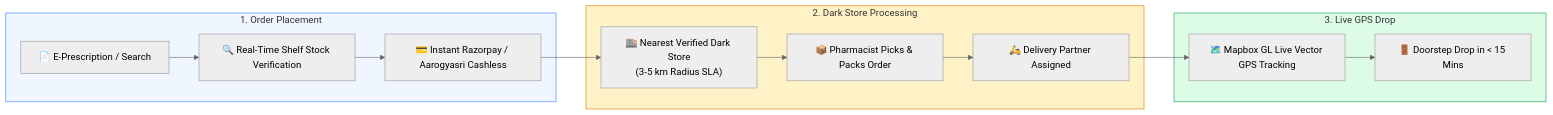
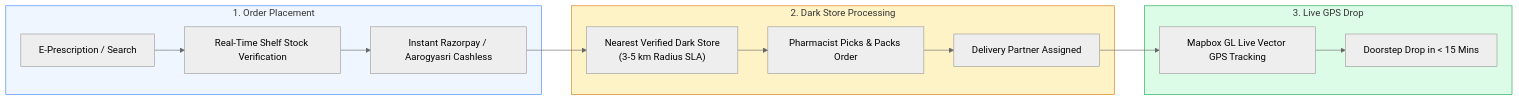
Before and after one commit to pavanstarkin-tech/healthyxpress_medha: the sixth of 11 diagrams in README.md, drawn with Mermaid (neutral theme). The commit also changed other lines of this file, not shown here.

````diff
--- a/README.md
+++ b/README.md
@@ -342,22 +342,22 @@
 ```mermaid
 flowchart LR
     subgraph OrderPlacement["1. Order Placement"]
-        Prescription["📄 E-Prescription / Search"] --> StockCheck["🔍 Real-Time Shelf Stock Verification"]
-        StockCheck --> Payment["💳 Instant Razorpay / Aarogyasri Cashless"]
+        Prescription["E-Prescription / Search"] --> StockCheck["Real-Time Shelf Stock Verification"]
+        StockCheck --> Payment["Instant Razorpay / Aarogyasri Cashless"]
     end
 
     subgraph DarkStoreProcessing["2. Dark Store Processing"]
-        Payment --> DarkStoreQueue["🏬 Nearest Verified Dark Store<br/>(3-5 km Radius SLA)"]
-        DarkStoreQueue --> PickPack["📦 Pharmacist Picks & Packs Order"]
-        PickPack --> RiderAssign["🛵 Delivery Partner Assigned"]
+        Payment --> DarkStoreQueue["Nearest Verified Dark Store<br/>(3-5 km Radius SLA)"]
+        DarkStoreQueue --> PickPack["Pharmacist Picks & Packs Order"]
+        PickPack --> RiderAssign["Delivery Partner Assigned"]
     end
 
     subgraph LiveNavigation["3. Live GPS Drop"]
-        RiderAssign --> MapboxGPS["🗺️ Mapbox GL Live Vector GPS Tracking"]
-        MapboxGPS --> Doorstep["🚪 Doorstep Drop in < 15 Mins"]
+        RiderAssign --> MapboxGPS["Mapbox GL Live Vector GPS Tracking"]
+        MapboxGPS --> Doorstep["Doorstep Drop in < 15 Mins"]
     end
 
     style OrderPlacement fill:#EFF6FF,stroke:#3B82F6,stroke-width:1px
     style DarkStoreProcessing fill:#FEF3C7,stroke:#D97706,stroke-width:1px
     style LiveNavigation fill:#DCFCE7,stroke:#16A34A,stroke-width:1px
 ```
````
